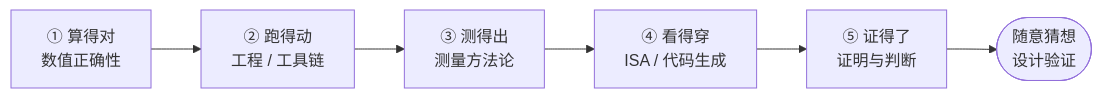
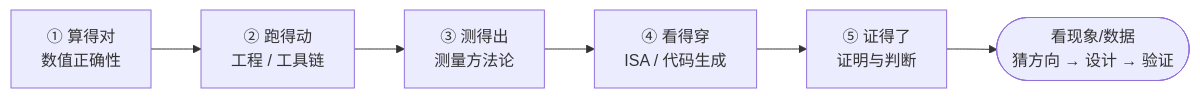
The diagram in docs/10_能力阶梯与成长地图.md (STOPCALE/MLP-sawtooth-to-sine-F28P55XC2000-NPU), drawn with Mermaid before and after one commit. The commit also changed other lines of this file and 1 other file, not shown here.

Commit message:
docs(10): 能力阶梯与成长地图 重评估版 -- 全部实验(PC v1-v3/B2 + 板端 C1-C11)按 难度x深度x耗时 三轴重评级(25 项); 新增 猜想经济账(现象->猜想映射表) 与 所需层次/时间账/升级路线; README 导航恢复

````diff
--- a/docs/10_能力阶梯与成长地图.md
+++ b/docs/10_能力阶梯与成长地图.md
@@ -14,8 +34,8 @@
 ```mermaid
 flowchart LR
     A["① 算得对<br/>数值正确性"] --> B["② 跑得动<br/>工程 / 工具链"]
     B --> C["③ 测得出<br/>测量方法论"]
     C --> D["④ 看得穿<br/>ISA / 代码生成"]
     D --> E["⑤ 证得了<br/>证明与判断"]
-    E --> F(["随意猜想<br/>设计验证"])
+    E --> F(["看现象/数据<br/>猜方向 → 设计 → 验证"])
 ```
````
